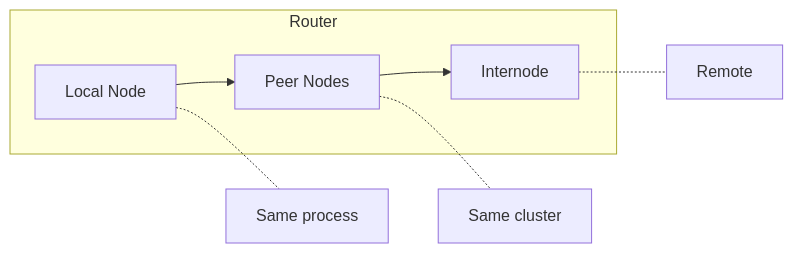
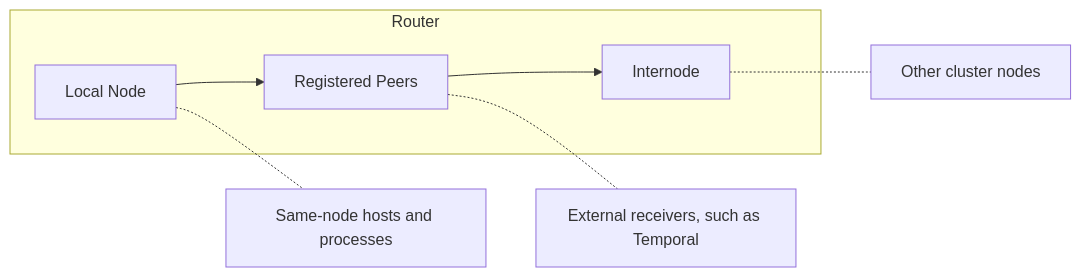
The third of 3 diagrams in pt/internals/architecture.md (wippyai/docs), drawn with Mermaid before and after one commit. The commit also changed other lines of this file, not shown here.

Commit message:
docs(pt): sync runtime architecture internals

````diff
--- a/pt/internals/architecture.md
+++ b/pt/internals/architecture.md
@@ -170,11 +169,11 @@
 ```mermaid
 flowchart LR
     subgraph Router
-        Local[Local Node] --> Peer[Peer Nodes]
+        Local[Local Node] --> Peer[Registered Peers]
         Peer --> Inter[Internode]
     end
 
-    Local -.- L[Same process]
-    Peer -.- P[Same cluster]
-    Inter -.- I[Remote]
+    Local -.- L[Same-node hosts and processes]
+    Peer -.- P[External receivers, such as Temporal]
+    Inter -.- I[Other cluster nodes]
 ```
````
